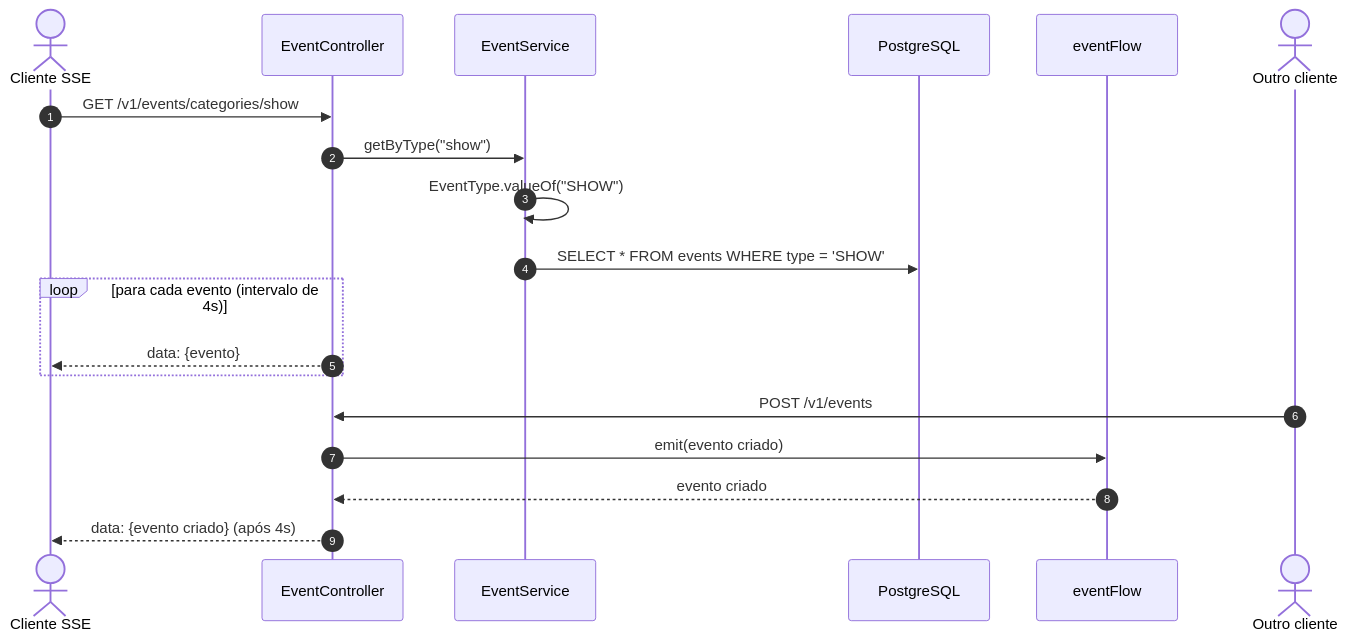
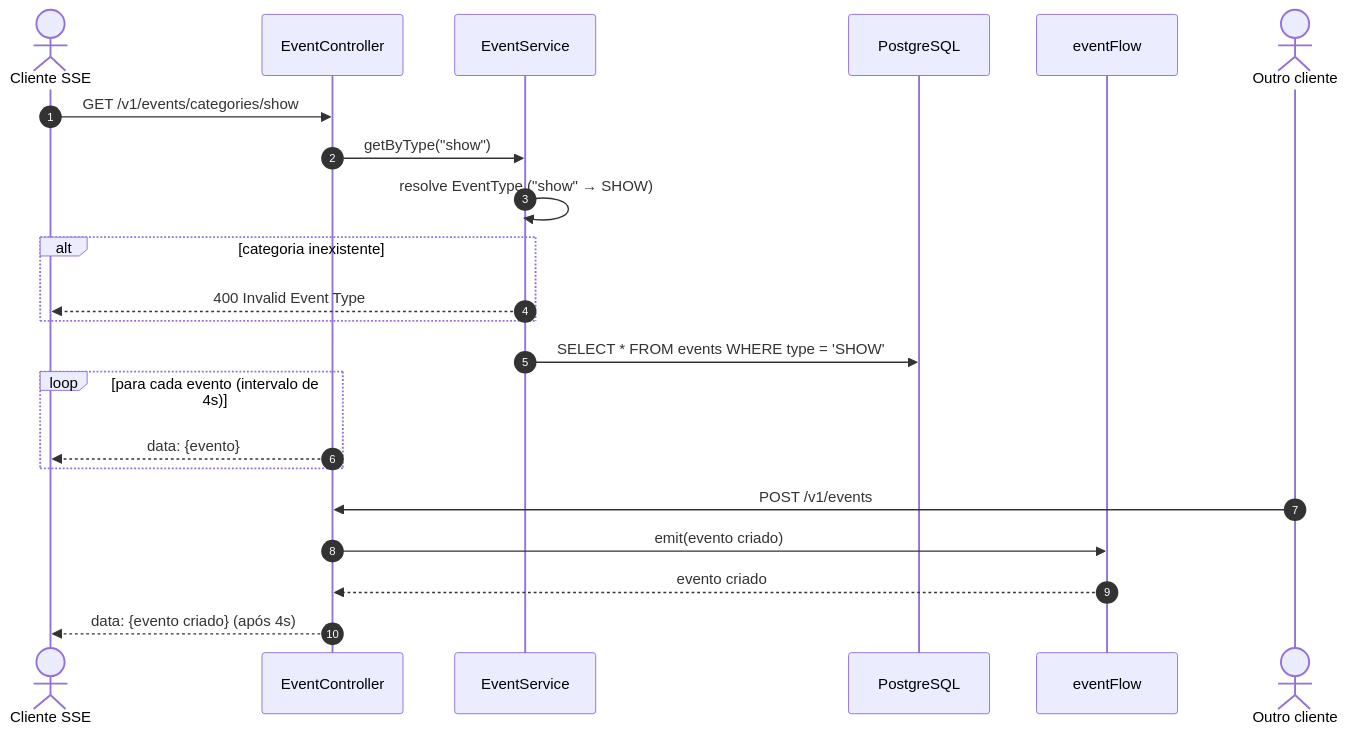
One commit to rogerbertan/reactive-ticketing-api changed the fourth of 5 diagrams in docs/flows.md. Above: the diagram before and after it, drawn with Mermaid. The commit also changed other lines of this file and 2 other files, not shown here.

Commit message:
docs: document the new validation errors in api flows and architecture

````diff
--- a/docs/flows.md
+++ b/docs/flows.md
@@ -112,22 +114,25 @@
 ```mermaid
 sequenceDiagram
     autonumber
     actor C as Cliente SSE
     participant EC as EventController
     participant ES as EventService
     participant DB as PostgreSQL
     participant F as eventFlow
     actor A as Outro cliente
 
     C->>EC: GET /v1/events/categories/show
     EC->>ES: getByType("show")
-    ES->>ES: EventType.valueOf("SHOW")
+    ES->>ES: resolve EventType ("show" → SHOW)
+    alt categoria inexistente
+        ES-->>C: 400 Invalid Event Type
+    end
     ES->>DB: SELECT * FROM events WHERE type = 'SHOW'
     loop para cada evento (intervalo de 4s)
         EC-->>C: data: {evento}
     end
     A->>EC: POST /v1/events
     EC->>F: emit(evento criado)
     F-->>EC: evento criado
     EC-->>C: data: {evento criado} (após 4s)
 ```
````
